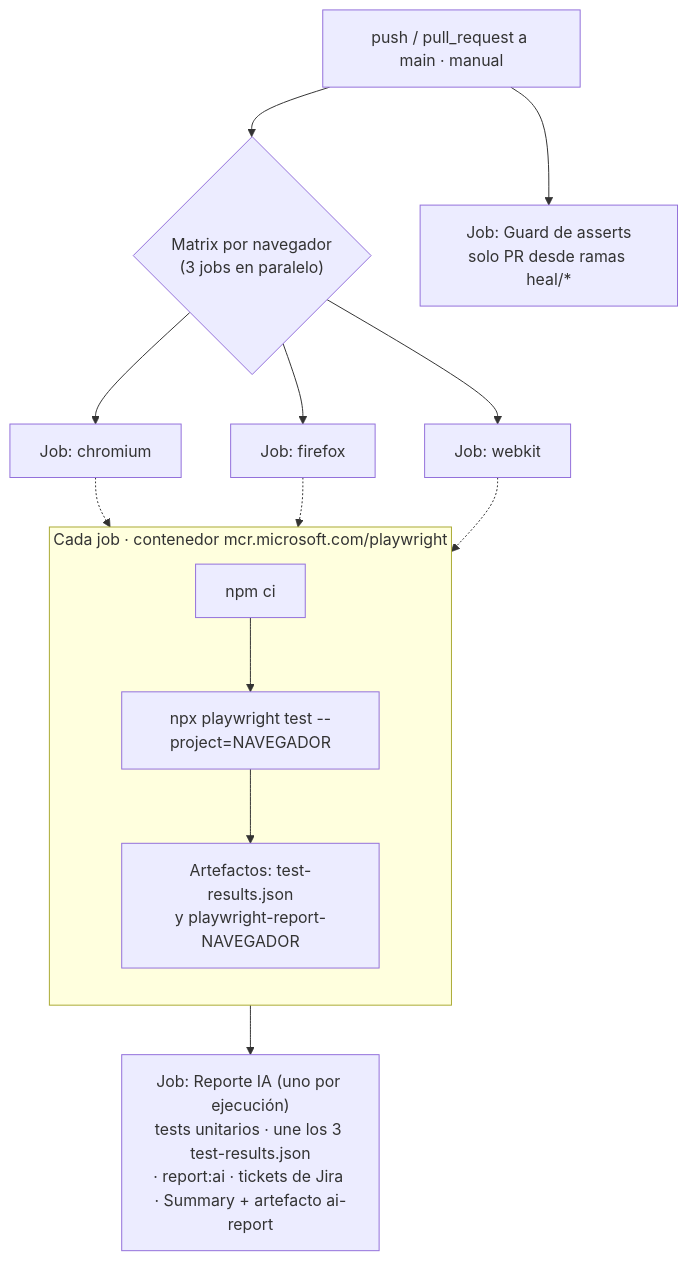
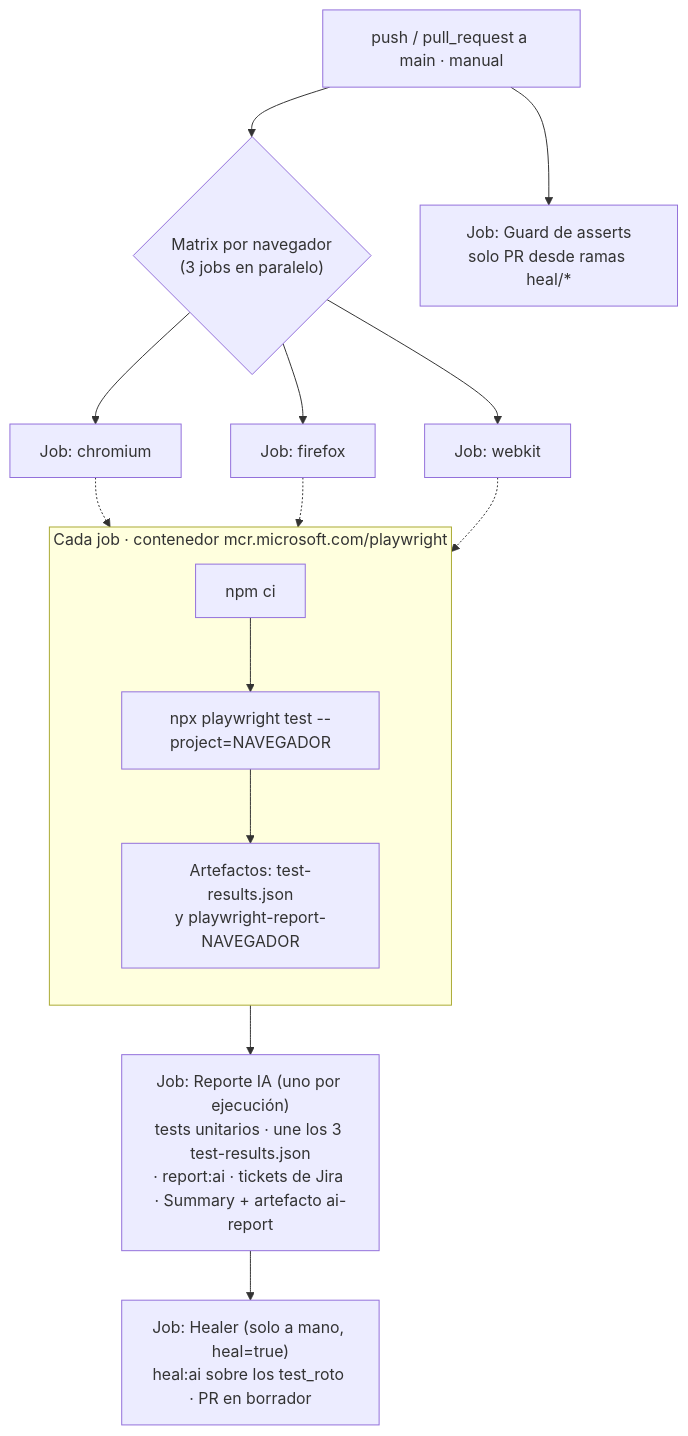
Before and after one commit to StoneFly365/playwright-demo-ia-mcp: the second of 3 diagrams in README.md, drawn with Mermaid. The commit also changed other lines of this file and 2 other files, not shown here.

First line of the commit message:
feat: el healer en CI (job Healer, solo a mano)

````diff
--- a/README.md
+++ b/README.md
@@ -342,21 +343,22 @@
 ```mermaid
 flowchart TD
     T["push / pull_request a main · manual"] --> M{"Matrix por navegador<br/>(3 jobs en paralelo)"}
 
     M --> C["Job: chromium"]
     M --> F["Job: firefox"]
     M --> W["Job: webkit"]
 
     subgraph JOB ["Cada job · contenedor mcr.microsoft.com/playwright"]
         direction TB
         S1["npm ci"] --> S2["npx playwright test --project=NAVEGADOR"]
         S2 --> S3["Artefactos: test-results.json<br/>y playwright-report-NAVEGADOR"]
     end
 
     C -.-> JOB
     F -.-> JOB
     W -.-> JOB
 
     JOB --> R["Job: Reporte IA (uno por ejecución)<br/>tests unitarios · une los 3 test-results.json<br/>· report:ai · tickets de Jira · Summary + artefacto ai-report"]
+    R --> HL["Job: Healer (solo a mano, heal=true)<br/>heal:ai sobre los test_roto · PR en borrador"]
     T --> GU["Job: Guard de asserts<br/>solo PR desde ramas heal/*"]
 ```
````
